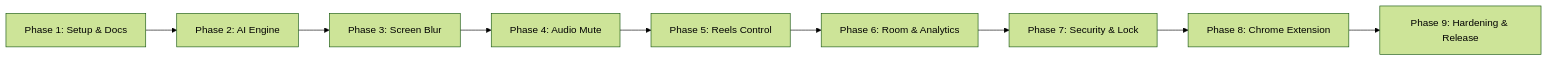
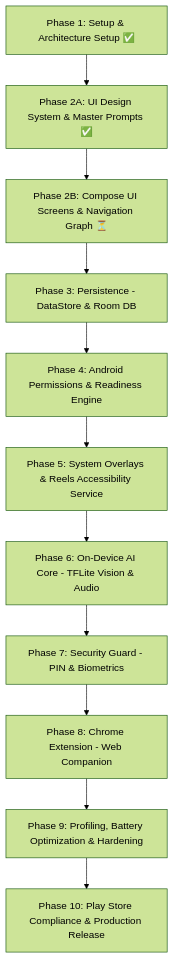
The diagram in DEVELOPMENT_ROADMAP.md (saidur1004/SafeScreen), drawn with Mermaid (forest theme) before and after one commit. The commit also changed other lines of this file and 4 other files, not shown here.

Commit message:
docs: enhance master UI prompts, create DESIGN.md, update roadmap and progress tracking

````diff
--- a/DEVELOPMENT_ROADMAP.md
+++ b/DEVELOPMENT_ROADMAP.md
@@ -9,11 +9,13 @@
 ```mermaid
-flowchart LR
-    P1[Phase 1: Setup & Docs] --> P2[Phase 2: AI Engine]
-    P2 --> P3[Phase 3: Screen Blur]
-    P3 --> P4[Phase 4: Audio Mute]
-    P4 --> P5[Phase 5: Reels Control]
-    P5 --> P6[Phase 6: Room & Analytics]
-    P6 --> P7[Phase 7: Security & Lock]
-    P7 --> P8[Phase 8: Chrome Extension]
-    P8 --> P9[Phase 9: Hardening & Release]
+flowchart TD
+    P1[Phase 1: Setup & Architecture Setup ✅] --> P2A[Phase 2A: UI Design System & Master Prompts ✅]
+    P2A --> P2B[Phase 2B: Compose UI Screens & Navigation Graph ⏳]
+    P2B --> P3[Phase 3: Persistence - DataStore & Room DB]
+    P3 --> P4[Phase 4: Android Permissions & Readiness Engine]
+    P4 --> P5[Phase 5: System Overlays & Reels Accessibility Service]
+    P5 --> P6[Phase 6: On-Device AI Core - TFLite Vision & Audio]
+    P6 --> P7[Phase 7: Security Guard - PIN & Biometrics]
+    P7 --> P8[Phase 8: Chrome Extension - Web Companion]
+    P8 --> P9[Phase 9: Profiling, Battery Optimization & Hardening]
+    P9 --> P10[Phase 10: Play Store Compliance & Production Release]
 ```
````
